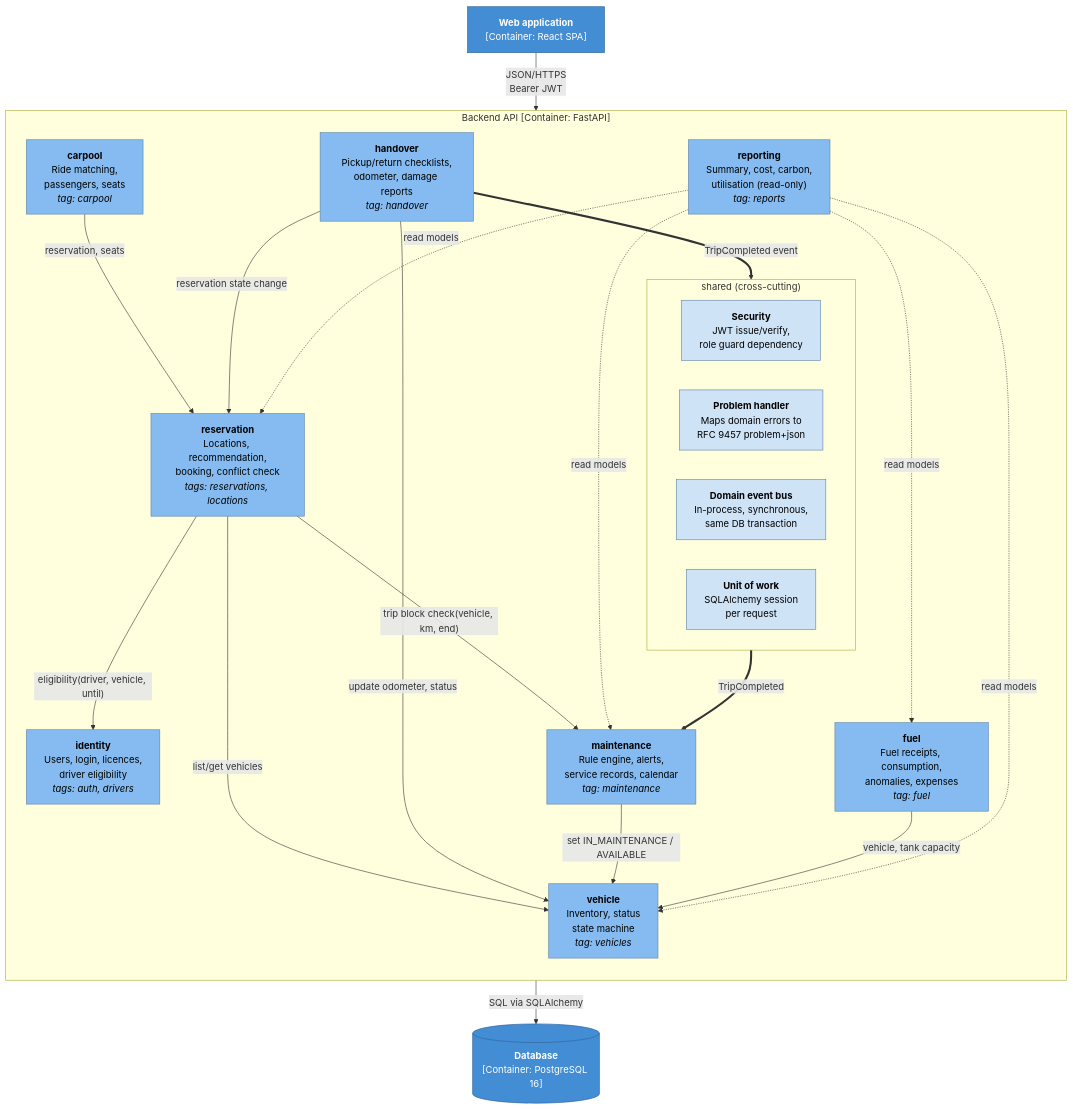
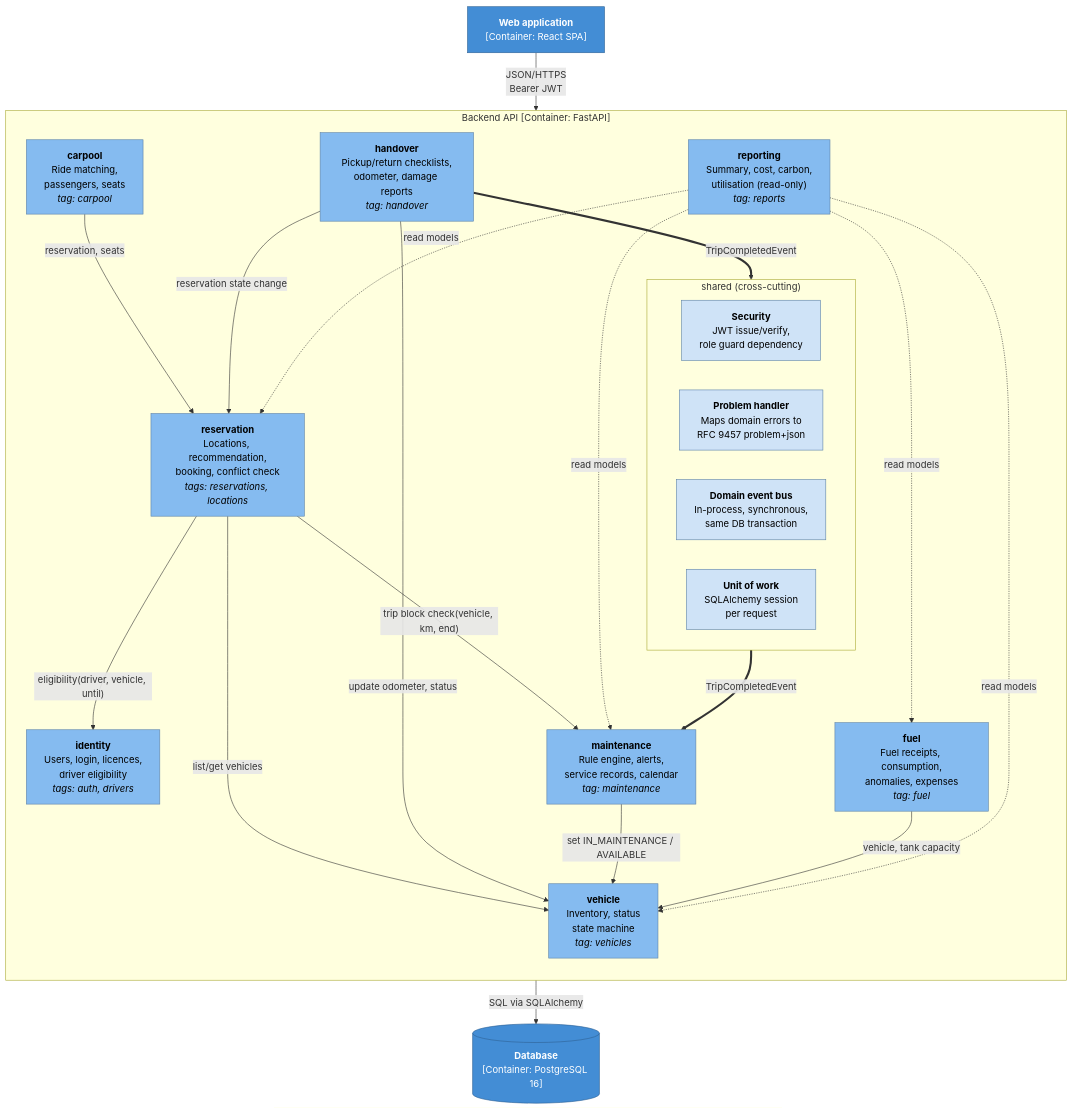
The third of 4 diagrams in docs/c4/README.md (denizalponiki/Fleet-Tracking-System), drawn with Mermaid before and after one commit. The commit also changed other lines of this file and 4 other files, not shown here.

First line of the commit message:
docs(architecture): define TripCompletedEvent contract (#267)

````diff
--- a/docs/c4/README.md
+++ b/docs/c4/README.md
@@ -97,51 +97,51 @@
 ```mermaid
 flowchart TB
     spa["<b>Web application</b><br/>[Container: React SPA]"]
     db[("<b>Database</b><br/>[Container: PostgreSQL 16]")]
 
     subgraph api["Backend API [Container: FastAPI]"]
         direction TB
         subgraph shared["shared (cross-cutting)"]
             direction LR
             auth["<b>Security</b><br/>JWT issue/verify,<br/>role guard dependency"]
             errors["<b>Problem handler</b><br/>Maps domain errors to<br/>RFC 9457 problem+json"]
             bus["<b>Domain event bus</b><br/>In-process, synchronous,<br/>same DB transaction"]
             uow["<b>Unit of work</b><br/>SQLAlchemy session<br/>per request"]
         end
 
         identity["<b>identity</b><br/>Users, login, licences,<br/>driver eligibility<br/><i>tags: auth, drivers</i>"]
         vehicle["<b>vehicle</b><br/>Inventory, status<br/>state machine<br/><i>tag: vehicles</i>"]
         maintenance["<b>maintenance</b><br/>Rule engine, alerts,<br/>service records, calendar<br/><i>tag: maintenance</i>"]
         reservation["<b>reservation</b><br/>Locations, recommendation,<br/>booking, conflict check<br/><i>tags: reservations, locations</i>"]
         carpool["<b>carpool</b><br/>Ride matching,<br/>passengers, seats<br/><i>tag: carpool</i>"]
         handover["<b>handover</b><br/>Pickup/return checklists,<br/>odometer, damage reports<br/><i>tag: handover</i>"]
         fuel["<b>fuel</b><br/>Fuel receipts, consumption,<br/>anomalies, expenses<br/><i>tag: fuel</i>"]
         reporting["<b>reporting</b><br/>Summary, cost, carbon,<br/>utilisation (read-only)<br/><i>tag: reports</i>"]
     end
 
     spa -- "JSON/HTTPS<br/>Bearer JWT" --> api
 
     reservation -- "eligibility(driver, vehicle, until)" --> identity
     reservation -- "list/get vehicles" --> vehicle
     reservation -- "trip block check(vehicle, km, end)" --> maintenance
     carpool -- "reservation, seats" --> reservation
     handover -- "reservation state change" --> reservation
     handover -- "update odometer, status" --> vehicle
-    handover == "TripCompleted event" ==> bus
-    bus == "TripCompleted" ==> maintenance
+    handover == "TripCompletedEvent" ==> bus
+    bus == "TripCompletedEvent" ==> maintenance
     maintenance -- "set IN_MAINTENANCE / AVAILABLE" --> vehicle
     fuel -- "vehicle, tank capacity" --> vehicle
     reporting -. "read models" .-> vehicle
     reporting -. "read models" .-> reservation
     reporting -. "read models" .-> fuel
     reporting -. "read models" .-> maintenance
 
     api -- "SQL via SQLAlchemy" --> db
 
     classDef module fill:#85bbf0,color:#000,stroke:#5d82a8
     classDef cross fill:#cfe3f7,color:#000,stroke:#5d82a8
     classDef container fill:#438dd5,color:#fff,stroke:#2e6295
     class identity,vehicle,maintenance,reservation,carpool,handover,fuel,reporting module
     class auth,errors,bus,uow cross
     class spa,db container
 ```
````
